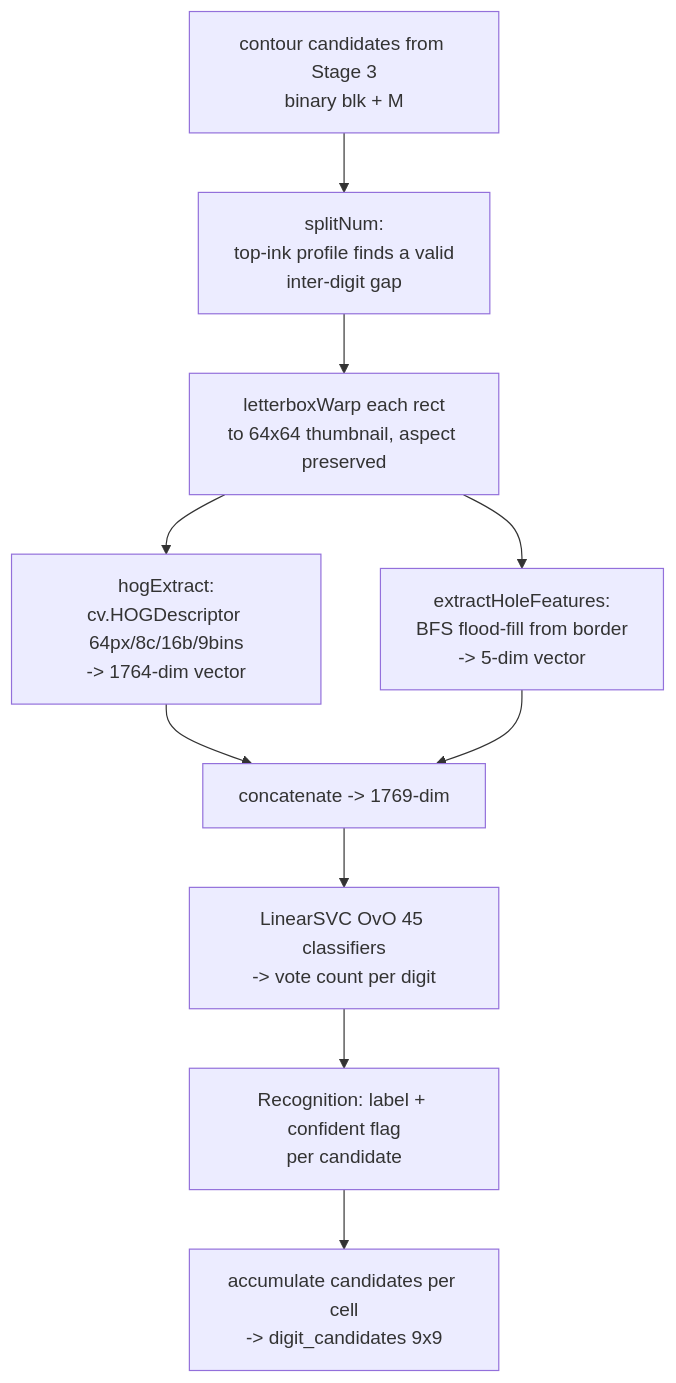
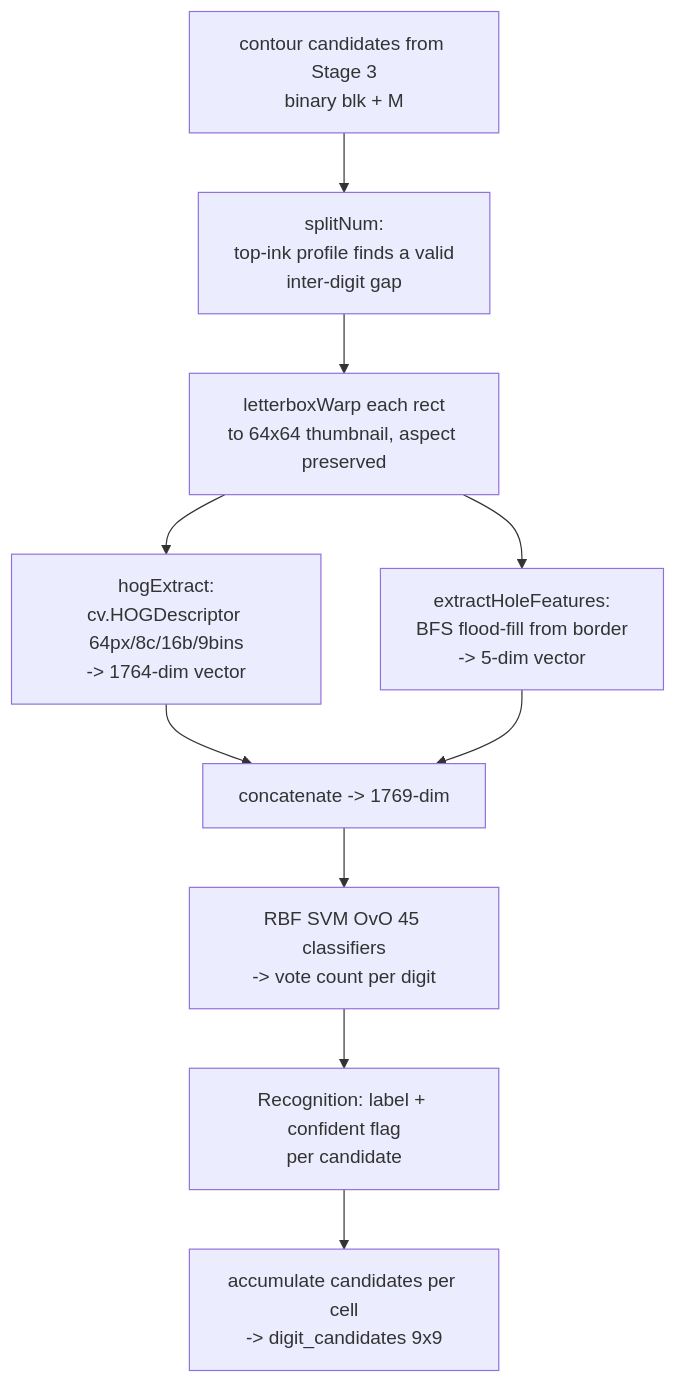
Before and after one commit to gbarrett28/cagedoku: the sixth of 11 diagrams in docs/image-pipeline.md, drawn with Mermaid. The commit also changed other lines of this file and 14 other files, not shown here.

````diff
--- a/docs/image-pipeline.md
+++ b/docs/image-pipeline.md
@@ -341,12 +334,12 @@
 ```mermaid
 flowchart TD
     A[contour candidates from Stage 3\nbinary blk + M] --> B[splitNum:\ntop-ink profile finds a valid\ninter-digit gap]
     B --> C[letterboxWarp each rect\nto 64x64 thumbnail, aspect preserved]
     C --> D[hogExtract:\ncv.HOGDescriptor 64px/8c/16b/9bins\n-> 1764-dim vector]
     C --> E[extractHoleFeatures:\nBFS flood-fill from border\n-> 5-dim vector]
     D --> F[concatenate -> 1769-dim]
     E --> F
-    F --> G[LinearSVC OvO 45 classifiers\n-> vote count per digit]
+    F --> G[RBF SVM OvO 45 classifiers\n-> vote count per digit]
     G --> H[Recognition: label + confident flag\nper candidate]
     H --> I[accumulate candidates per cell\n-> digit_candidates 9x9]
 ```
````
